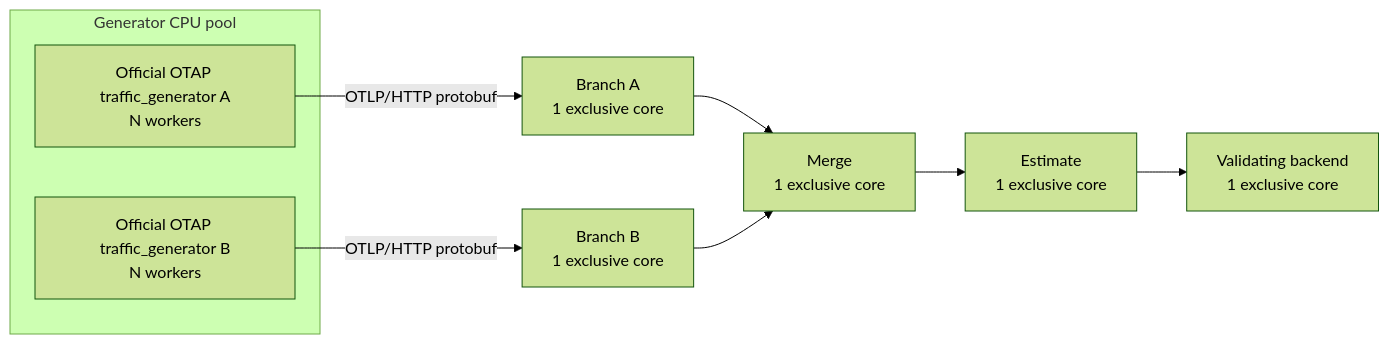
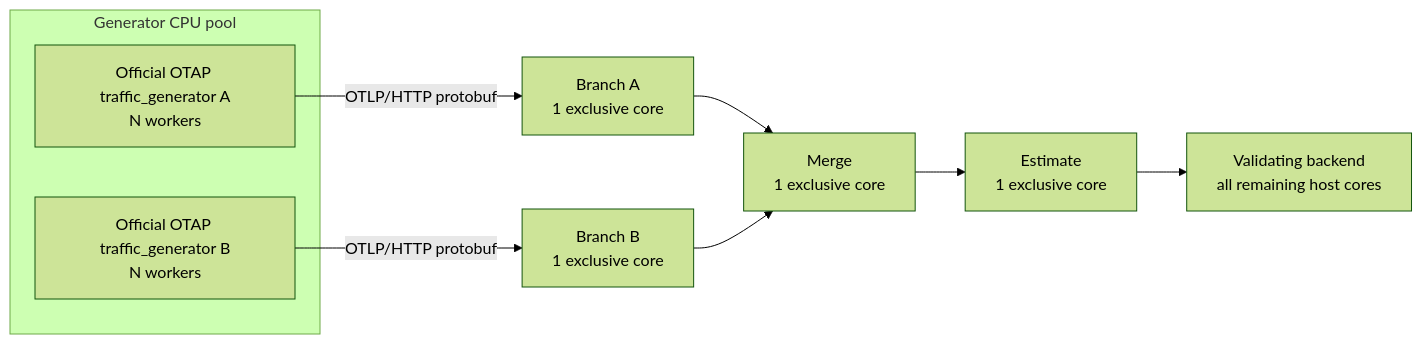
The diagram in benchmarks/CAPACITY_DESIGN.md (ProjectASAP/ASAPCollector-public), drawn with Mermaid (forest theme) before and after one commit. The commit also changed other lines of this file and 3 other files, not shown here.

````diff
--- a/benchmarks/CAPACITY_DESIGN.md
+++ b/benchmarks/CAPACITY_DESIGN.md
@@ -14,14 +14,14 @@
 ```mermaid
 flowchart LR
   subgraph G["Generator CPU pool"]
     GA["Official OTAP traffic_generator A<br/>N workers"]
     GB["Official OTAP traffic_generator B<br/>N workers"]
   end
 
   GA -->|OTLP/HTTP protobuf| BA["Branch A<br/>1 exclusive core"]
   GB -->|OTLP/HTTP protobuf| BB["Branch B<br/>1 exclusive core"]
   BA --> M["Merge<br/>1 exclusive core"]
   BB --> M
   M --> E["Estimate<br/>1 exclusive core"]
-  E --> V["Validating backend<br/>1 exclusive core"]
+  E --> V["Validating backend<br/>all remaining host cores"]
 ```
````
